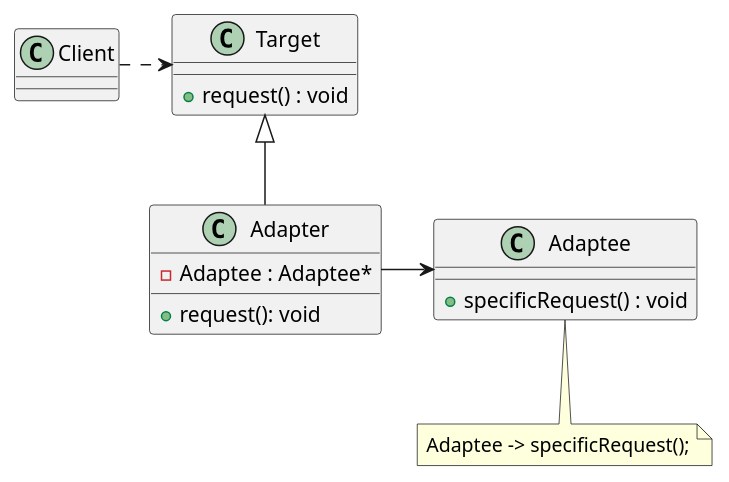
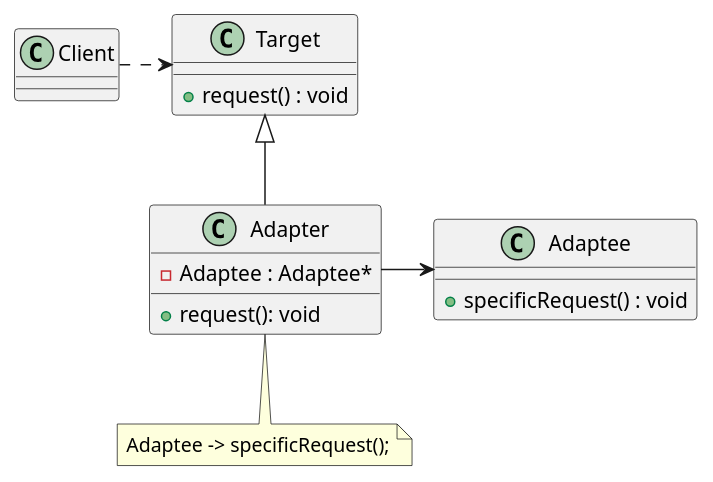
One commit to shaoneng111/design-pattern changed the diagram in src/main/java/structure/adapter/Adapter.puml. Above: the diagram before and after it, drawn with PlantUML. The commit also changed 27 other files, not shown here.

```diff
--- a/src/main/java/structure/adapter/Adapter.puml
+++ b/src/main/java/structure/adapter/Adapter.puml
@@ -1,29 +1,29 @@
 @startuml
 
 class Adaptee {
     {method} +specificRequest() : void
 }
 
 class Target {
     {method} +request() : void
 }
 
 class Adapter {
     {field} -Adaptee : Adaptee*
     {method} +request(): void
 }
 
 class Client {
 }
 
 Adapter -up-|> Target
 Adapter -right-> Adaptee
 Client .right.> Target
 
 note as n1
     Adaptee -> specificRequest();
 end note
 
-Adaptee ..n1
+Adapter ..n1
 
 @enduml
```
